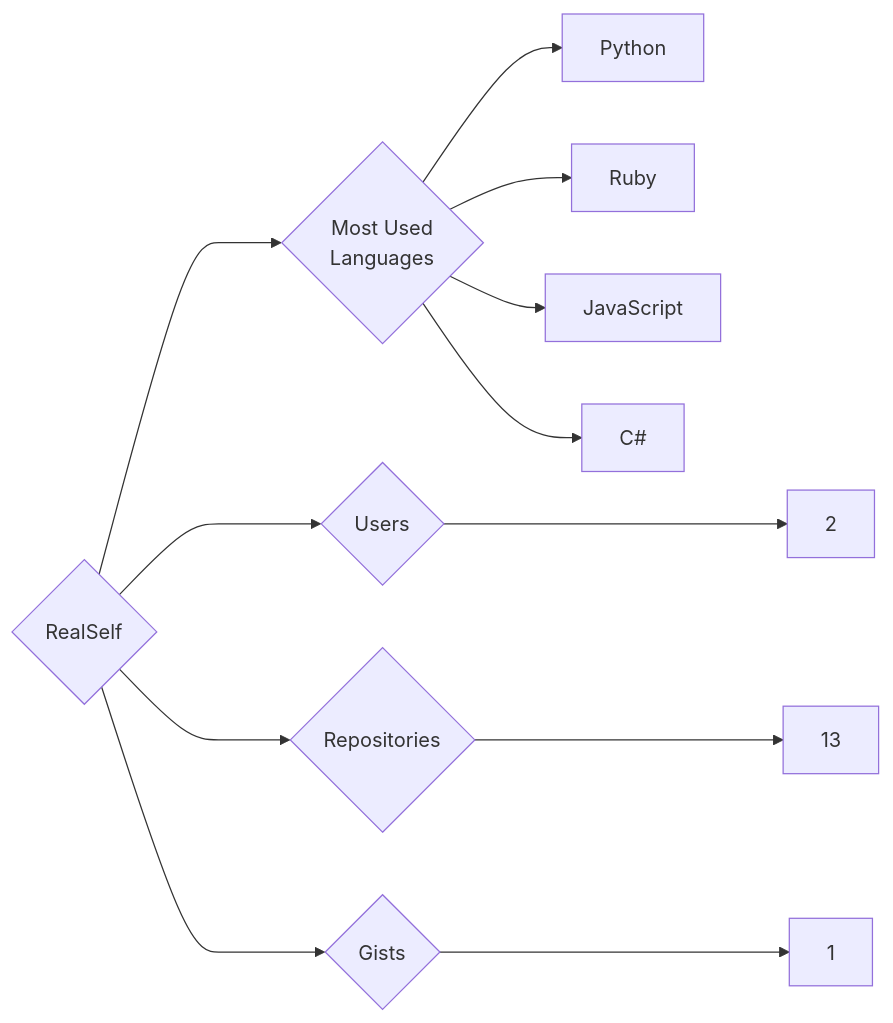
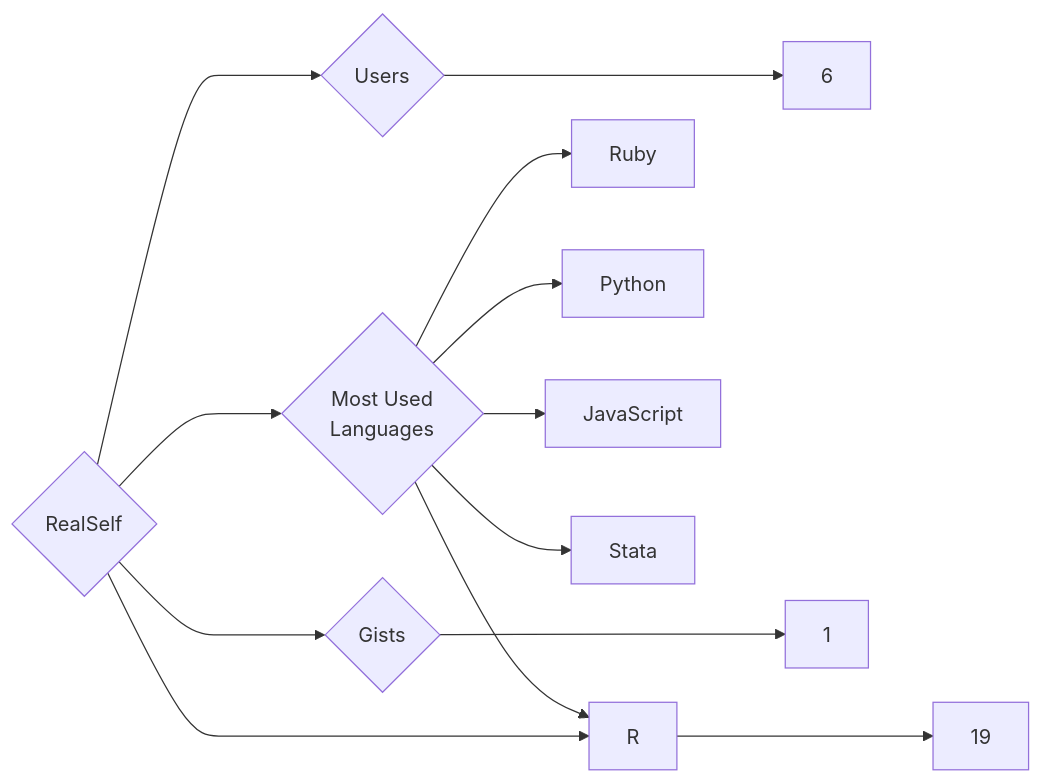
The diagram in targets/RealSelf/README.md (trickest/insiders), drawn with Mermaid before and after one commit. The commit also changed 1508 other files, not shown here.

````diff
--- a/targets/RealSelf/README.md
+++ b/targets/RealSelf/README.md
@@ -3,12 +3,13 @@
 ```mermaid
 graph LR
 COMPANY_NAME{RealSelf}
-COMPANY_NAME ---> U{Users} ---> UN[2]
-COMPANY_NAME ---> R{Repositories} ---> RN[13]
+COMPANY_NAME ---> U{Users} ---> UN[6]
+COMPANY_NAME ---> R{Repositories} ---> RN[19]
 COMPANY_NAME ---> G{Gists} ---> GN[1]
 COMPANY_NAME ---> ML{Most Used<br>Languages}
+ML --> Ruby[Ruby]
 ML --> Python[Python]
-ML --> Ruby[Ruby]
 ML --> JavaScript[JavaScript]
-ML --> C#[C#]
+ML --> Stata[Stata]
+ML --> R[R]
 ```
````
